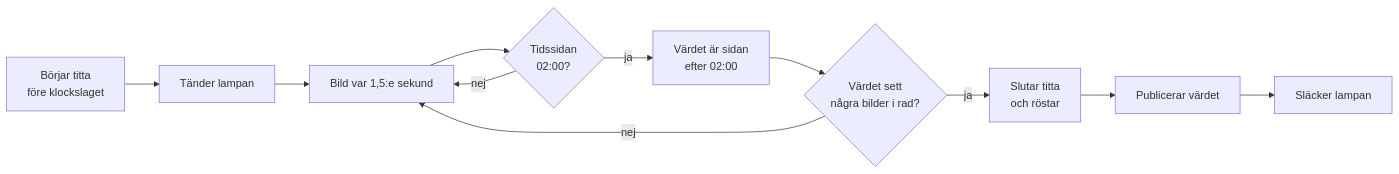
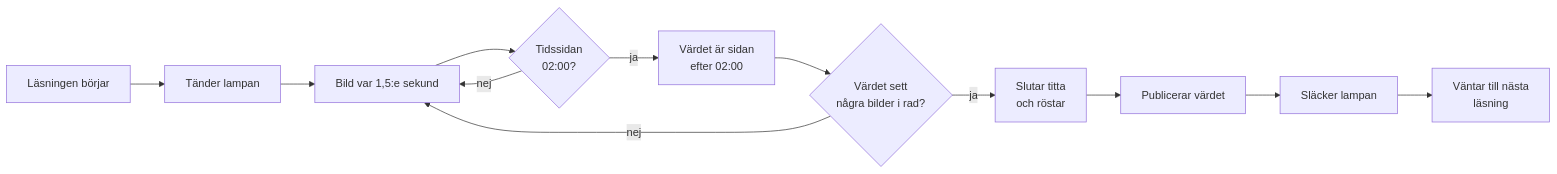
One commit to nikeng-forenade/vatten_kamera changed the first of 2 diagrams in README.md. Above: the diagram before and after it, drawn with Mermaid. The commit also changed other lines of this file and 10 other files, not shown here.

````diff
--- a/README.md
+++ b/README.md
@@ -10,13 +12,14 @@
 ```mermaid
 flowchart LR
-    A[Börjar titta<br/>före klockslaget] --> B[Tänder lampan]
+    A[Läsningen börjar] --> B[Tänder lampan]
     B --> C[Bild var 1,5:e sekund]
     C --> D{Tidssidan<br/>02:00?}
     D -->|nej| C
     D -->|ja| E[Värdet är sidan<br/>efter 02:00]
     E --> F{Värdet sett<br/>några bilder i rad?}
     F -->|nej| C
     F -->|ja| G[Slutar titta<br/>och röstar]
     G --> H[Publicerar värdet]
     H --> I[Släcker lampan]
+    I --> J[Väntar till nästa<br/>läsning]
 ```
````
